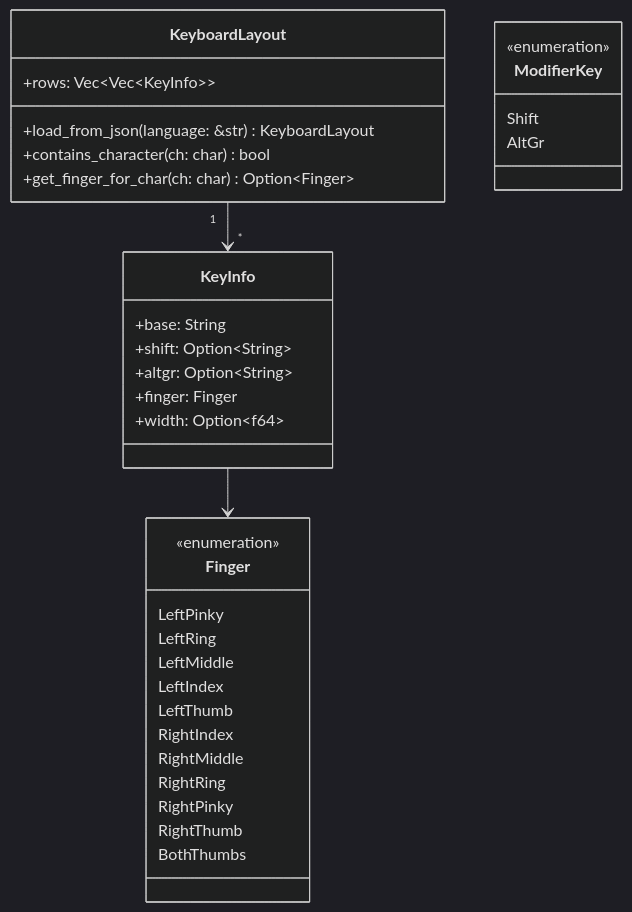
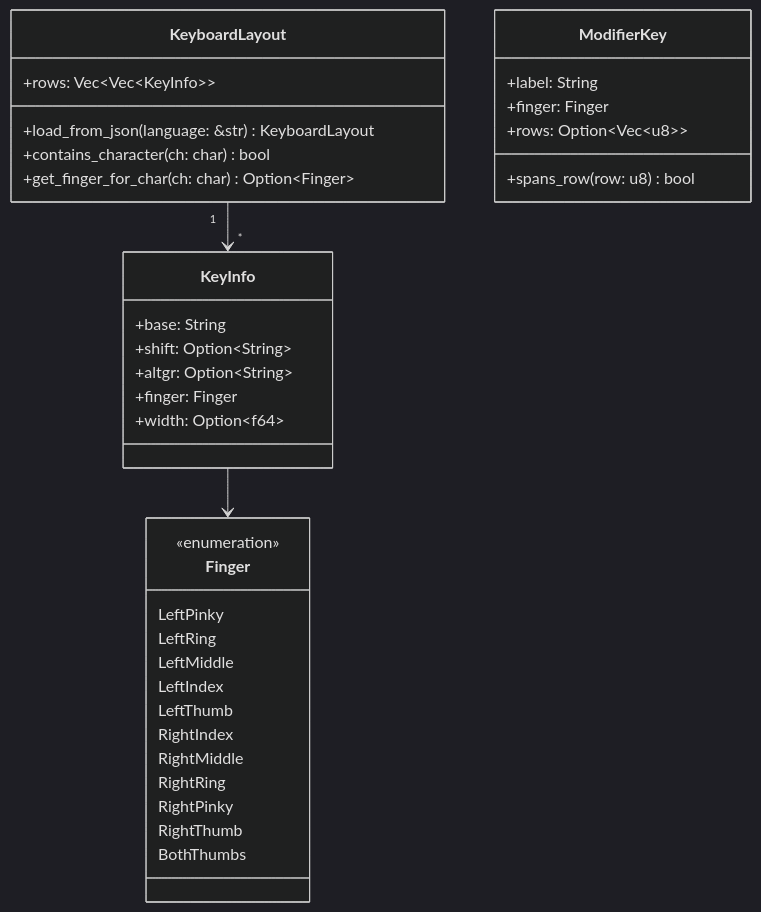
Before and after one commit to douglas-silvestrini/mecalin: the second of 5 diagrams in .agents/summary/data_models.md, drawn with Mermaid (dark theme). The commit also changed other lines of this file and 7 other files, not shown here.

````diff
--- a/.agents/summary/data_models.md
+++ b/.agents/summary/data_models.md
@@ -61,37 +61,38 @@
 ```mermaid
 classDiagram
     class KeyboardLayout {
         +rows: Vec~Vec~KeyInfo~~
         +load_from_json(language: &str) KeyboardLayout
         +contains_character(ch: char) bool
         +get_finger_for_char(ch: char) Option~Finger~
     }
     class KeyInfo {
         +base: String
         +shift: Option~String~
         +altgr: Option~String~
         +finger: Finger
         +width: Option~f64~
     }
     class Finger {
         <<enumeration>>
         LeftPinky
         LeftRing
         LeftMiddle
         LeftIndex
         LeftThumb
         RightIndex
         RightMiddle
         RightRing
         RightPinky
         RightThumb
         BothThumbs
     }
     class ModifierKey {
-        <<enumeration>>
-        Shift
-        AltGr
+        +label: String
+        +finger: Finger
+        +rows: Option~Vec~u8~~
+        +spans_row(row: u8) bool
     }
     KeyboardLayout "1" --> "*" KeyInfo
     KeyInfo --> Finger
 ```
````
